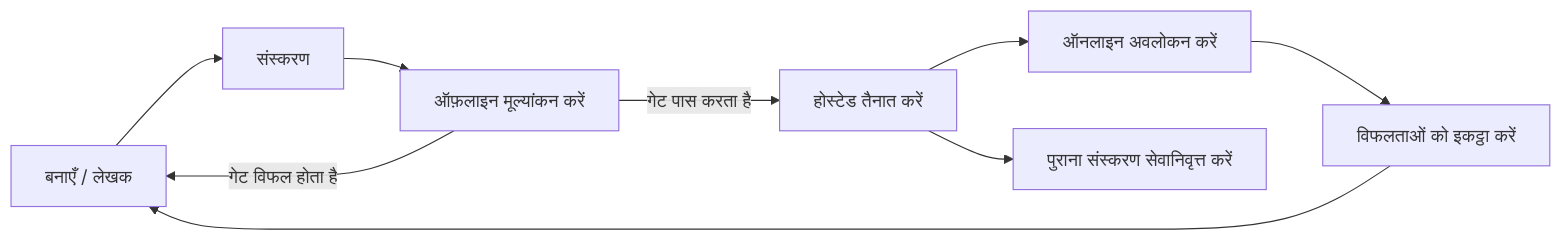
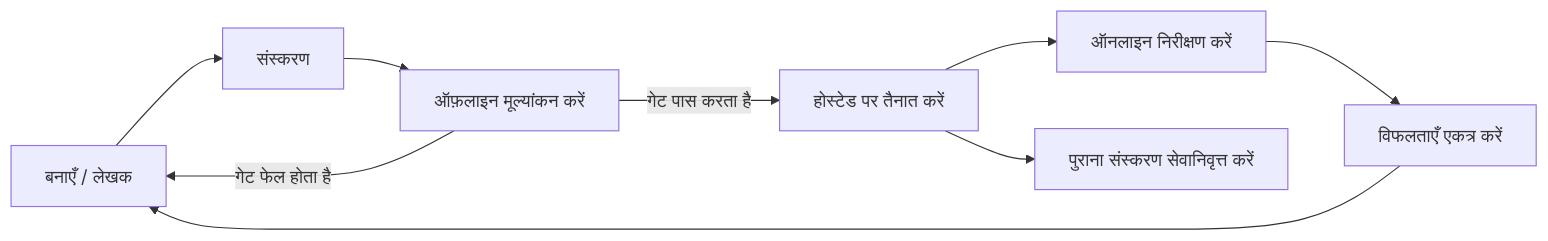
One commit to gabrielmoreira/agent-skills-mirror changed the second of 4 diagrams in mirrors/repos/microsoft@ai-agents-for-beginners/translations/hi/16-deploying-scalable-agents/README.md. Above: the diagram before and after it, drawn with Mermaid. The commit also changed other lines of this file and 3581 other files, not shown here.

````diff
--- a/mirrors/repos/microsoft@ai-agents-for-beginners/translations/hi/16-deploying-scalable-agents/README.md
+++ b/mirrors/repos/microsoft@ai-agents-for-beginners/translations/hi/16-deploying-scalable-agents/README.md
@@ -108,11 +108,11 @@
 ```mermaid
 flowchart LR
     Create[बनाएँ / लेखक] --> Version[संस्करण]
     Version --> Evaluate[ऑफ़लाइन मूल्यांकन करें]
-    Evaluate -->|गेट पास करता है| Deploy[होस्टेड तैनात करें]
-    Evaluate -->|गेट विफल होता है| Create
-    Deploy --> Observe[ऑनलाइन अवलोकन करें]
-    Observe --> Improve[विफलताओं को इकट्ठा करें]
+    Evaluate -->|गेट पास करता है| Deploy[होस्टेड पर तैनात करें]
+    Evaluate -->|गेट फेल होता है| Create
+    Deploy --> Observe[ऑनलाइन निरीक्षण करें]
+    Observe --> Improve[विफलताएँ एकत्र करें]
     Improve --> Create
     Deploy --> Retire[पुराना संस्करण सेवानिवृत्त करें]
 ```
````
